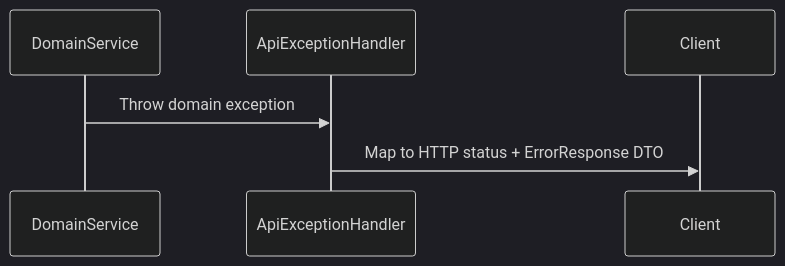
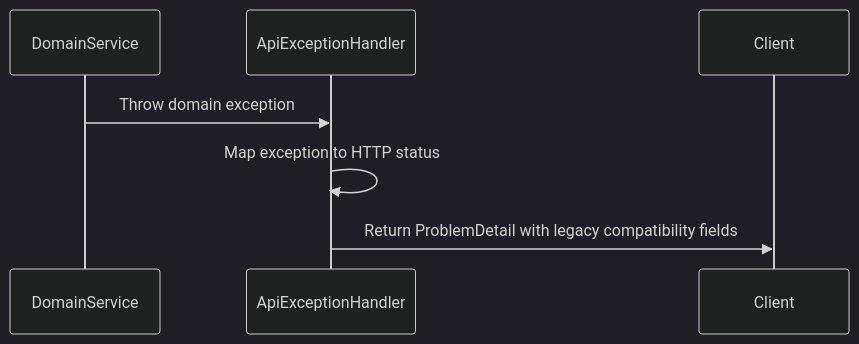
One commit to Decathlon/internal-developer-platform changed the third of 3 diagrams in docs/src/contributing/code/domain-infrastructure.md. Above: the diagram before and after it, drawn with Mermaid (dark theme). The commit also changed other lines of this file and 26 other files, not shown here.

Commit message:
refactor(idp-core)!: migrate API errors to RFC 7807 ProblemDetail

````diff
--- a/docs/src/contributing/code/domain-infrastructure.md
+++ b/docs/src/contributing/code/domain-infrastructure.md
@@ -184,8 +188,9 @@
 ```mermaid
 sequenceDiagram
     participant DomainService
     participant ApiExceptionHandler
     participant Client
     DomainService->>ApiExceptionHandler: Throw domain exception
-    ApiExceptionHandler->>Client: Map to HTTP status + ErrorResponse DTO
+    ApiExceptionHandler->>ApiExceptionHandler: Map exception to HTTP status
+    ApiExceptionHandler->>Client: Return ProblemDetail with legacy compatibility fields
 ```
````
